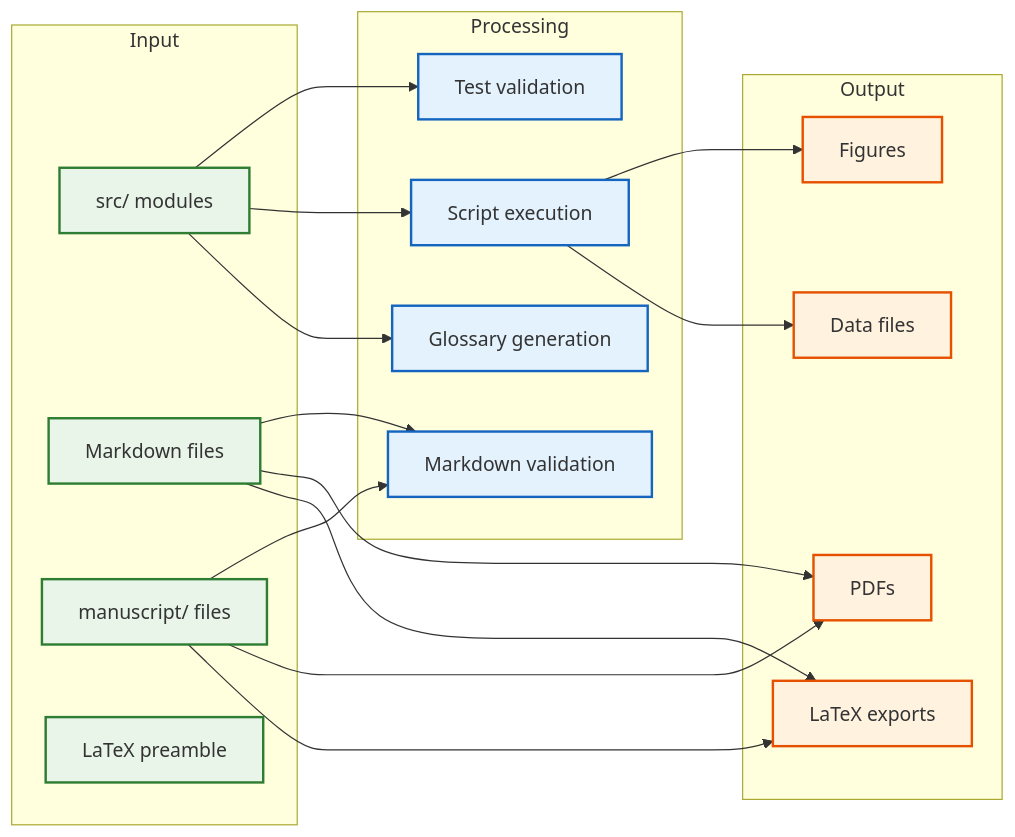
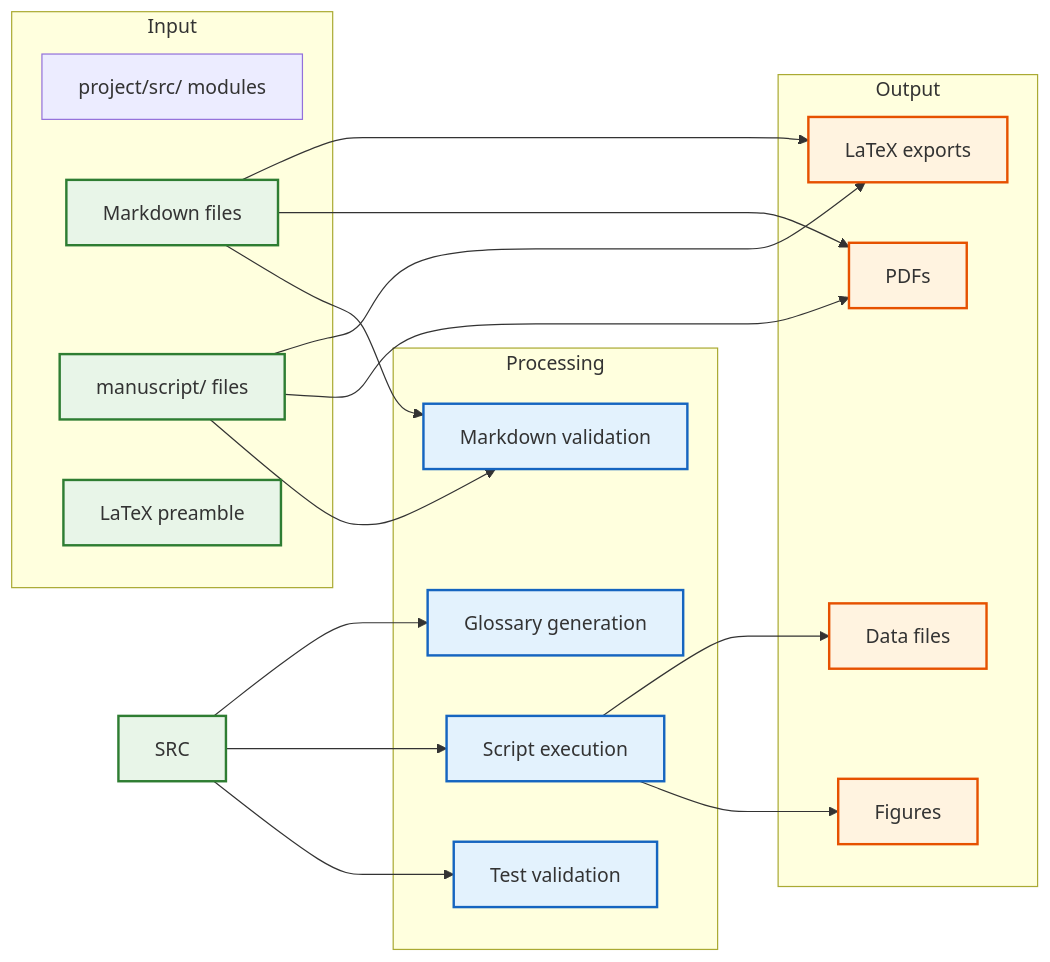
Before and after one commit to docxology/template: the fourth of 4 diagrams in docs/ARCHITECTURE.md, drawn with Mermaid. The commit also changed other lines of this file and 128 other files, not shown here.

````diff
--- a/docs/ARCHITECTURE.md
+++ b/docs/ARCHITECTURE.md
@@ -256,43 +286,43 @@
 ```mermaid
 graph LR
     subgraph "Input"
-        SRC[src/ modules]
+        PROJECT[project/src/ modules]
         MD[Markdown files]
         MANUSCRIPT[manuscript/ files]
         PREAMBLE[LaTeX preamble]
     end
     
     subgraph "Processing"
         TESTS[Test validation]
         SCRIPTS[Script execution]
         VALIDATION[Markdown validation]
         GLOSSARY[Glossary generation]
     end
     
     subgraph "Output"
         FIGS[Figures]
         DATA[Data files]
         PDFS[PDFs]
         TEX[LaTeX exports]
     end
     
     SRC --> TESTS
     SRC --> SCRIPTS
     MD --> VALIDATION
     MANUSCRIPT --> VALIDATION
     SRC --> GLOSSARY
     SCRIPTS --> FIGS
     SCRIPTS --> DATA
     MD --> PDFS
     MANUSCRIPT --> PDFS
     MD --> TEX
     MANUSCRIPT --> TEX
     
     classDef input fill:#e8f5e8,stroke:#2e7d32,stroke-width:2px
     classDef process fill:#e3f2fd,stroke:#1565c0,stroke-width:2px
     classDef output fill:#fff3e0,stroke:#e65100,stroke-width:2px
     
     class SRC,MD,MANUSCRIPT,PREAMBLE input
     class TESTS,SCRIPTS,VALIDATION,GLOSSARY process
     class FIGS,DATA,PDFS,TEX output
 ```
````
